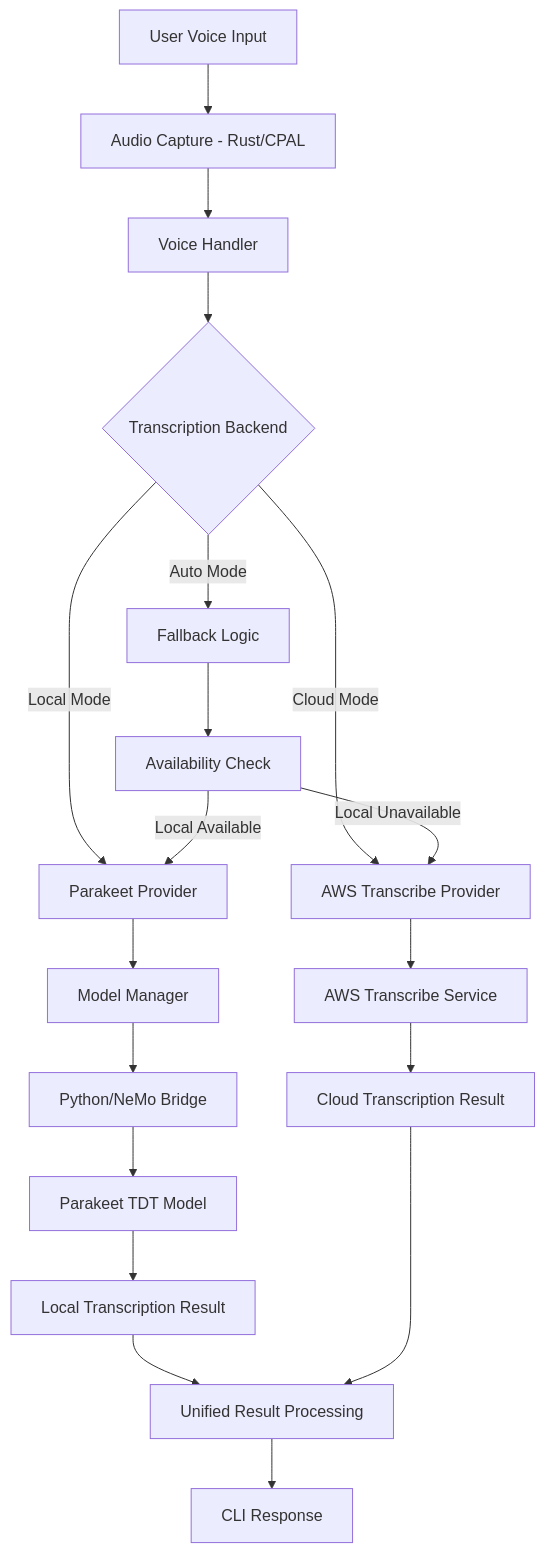
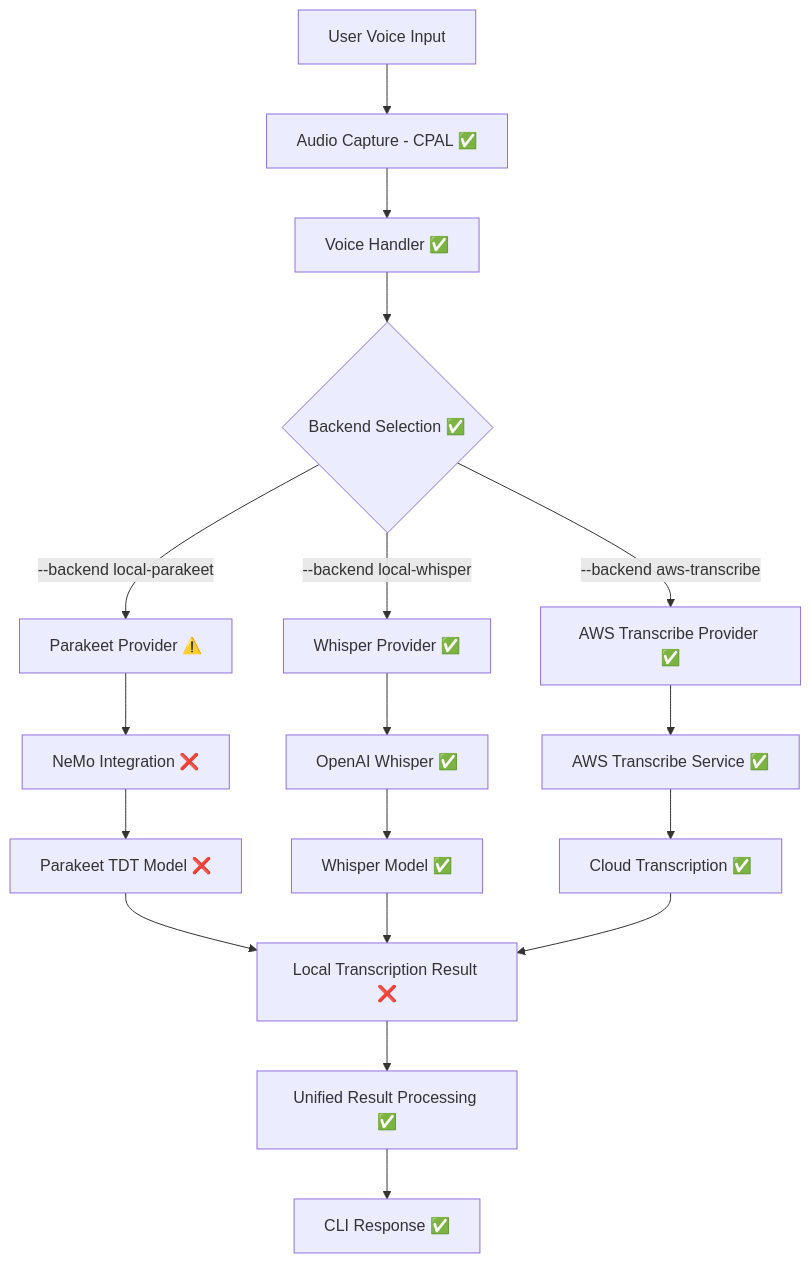
The diagram in .kiro/specs/local-voice-to-text/design.md (saisrinivas26/amazon-q-developer-cli), drawn with Mermaid before and after one commit. The commit also changed other lines of this file and 5 other files, not shown here.

Commit message:
whisper model checkpoint5- remove chunk proecessing

````diff
--- a/.kiro/specs/local-voice-to-text/design.md
+++ b/.kiro/specs/local-voice-to-text/design.md
@@ -13,25 +23,23 @@
 ```mermaid
 graph TB
-    A[User Voice Input] --> B[Audio Capture - Rust/CPAL]
-    B --> C[Voice Handler]
-    C --> D{Transcription Backend}
-    D -->|Local Mode| E[Parakeet Provider]
-    D -->|Cloud Mode| F[AWS Transcribe Provider]
-    D -->|Auto Mode| G[Fallback Logic]
+    A[User Voice Input] --> B[Audio Capture - CPAL ✅]
+    B --> C[Voice Handler ✅]
+    C --> D{Backend Selection ✅}
+    D -->|--backend local-parakeet| E[Parakeet Provider ⚠️]
+    D -->|--backend local-whisper| F[Whisper Provider ✅]
+    D -->|--backend aws-transcribe| G[AWS Transcribe Provider ✅]
     
-    E --> H[Model Manager]
-    H --> I[Python/NeMo Bridge]
-    I --> J[Parakeet TDT Model]
-    J --> K[Local Transcription Result]
+    E --> H[NeMo Integration ❌]
+    F --> I[OpenAI Whisper ✅]
+    G --> J[AWS Transcribe Service ✅]
     
-    F --> L[AWS Transcribe Service]
-    L --> M[Cloud Transcription Result]
+    H --> K[Parakeet TDT Model ❌]
+    I --> L[Whisper Model ✅]
+    J --> M[Cloud Transcription ✅]
     
-    G --> N[Availability Check]
-    N -->|Local Available| E
-    N -->|Local Unavailable| F
-    
-    K --> O[Unified Result Processing]
-    M --> O
-    O --> P[CLI Response]
+    K --> N[Local Transcription Result ❌]
+    L --> N
+    M --> N
+    N --> O[Unified Result Processing ✅]
+    O --> P[CLI Response ✅]
 ```
````
